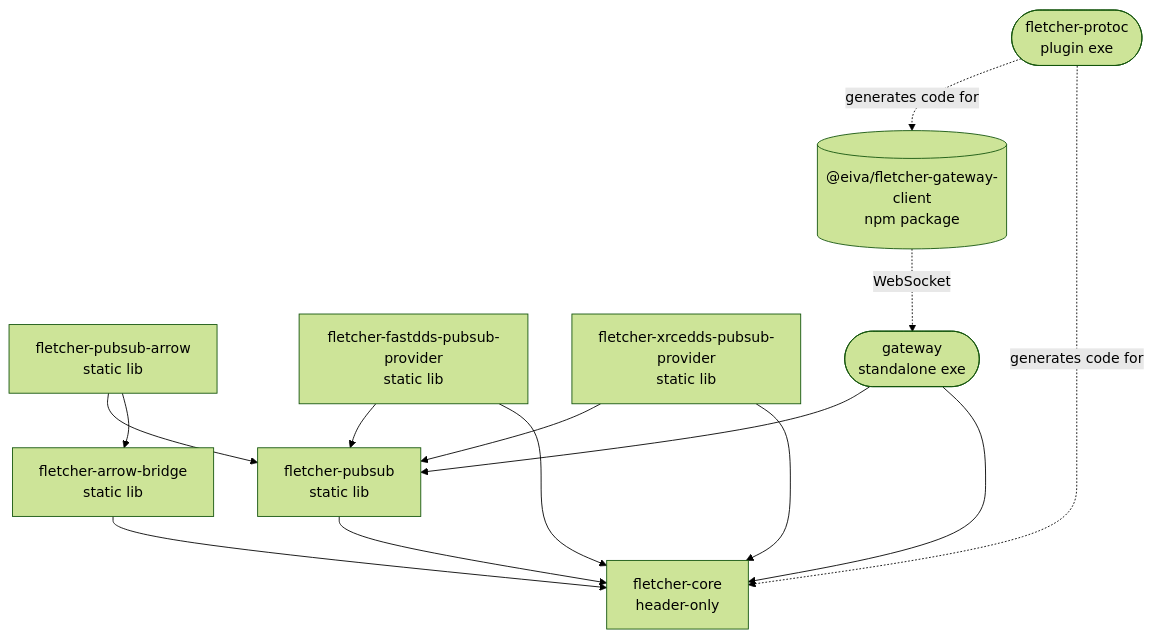
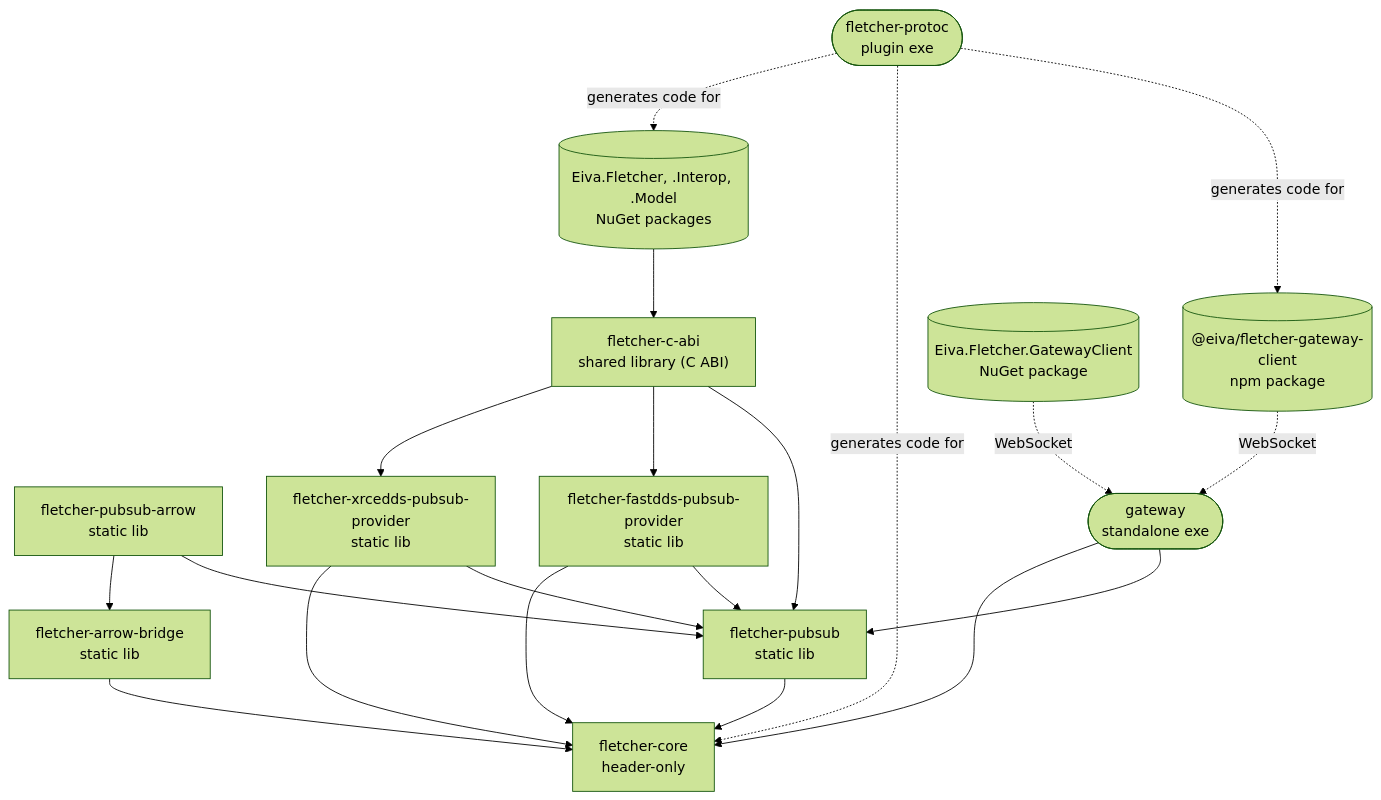
One commit to eivacom/Fletcher changed the diagram in README.md. Above: the diagram before and after it, drawn with Mermaid (forest theme). The commit also changed other lines of this file and 2 other files, not shown here.

````diff
--- a/README.md
+++ b/README.md
@@ -51,27 +52,36 @@
 ```mermaid
 graph TD
     core["fletcher-core<br/>header-only"]
     pubsub["fletcher-pubsub<br/>static lib"]
     arrow_bridge["fletcher-arrow-bridge<br/>static lib"]
     pubsub_arrow["fletcher-pubsub-arrow<br/>static lib"]
     fastdds["fletcher-fastdds-pubsub-provider<br/>static lib"]
     xrcedds["fletcher-xrcedds-pubsub-provider<br/>static lib"]
     protoc(["fletcher-protoc<br/>plugin exe"])
     gateway(["gateway<br/>standalone exe"])
     client[("@eiva/fletcher-gateway-client<br/>npm package")]
+    c_abi["fletcher-c-abi<br/>shared library (C ABI)"]
+    dotnet[("Eiva.Fletcher, .Interop, .Model<br/>NuGet packages")]
+    dotnet_client[("Eiva.Fletcher.GatewayClient<br/>NuGet package")]
 
     pubsub --> core
     arrow_bridge --> core
     pubsub_arrow --> pubsub
     pubsub_arrow --> arrow_bridge
     fastdds --> pubsub
     fastdds --> core
     xrcedds --> pubsub
     xrcedds --> core
     gateway --> pubsub
     gateway --> core
+    c_abi --> pubsub
+    c_abi --> fastdds
+    c_abi --> xrcedds
+    dotnet --> c_abi
 
     client -. WebSocket .-> gateway
+    dotnet_client -. WebSocket .-> gateway
     protoc -. generates code for .-> client
     protoc -. generates code for .-> core
+    protoc -. generates code for .-> dotnet
 ```
````
